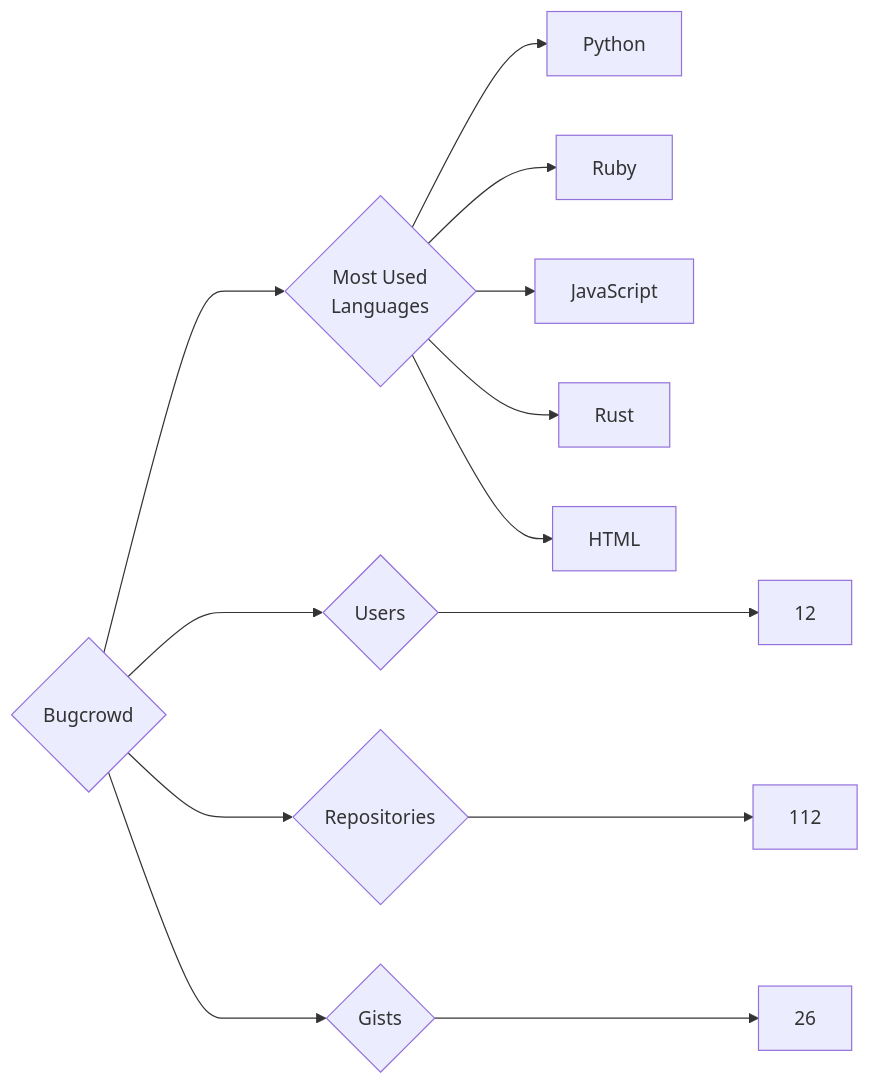
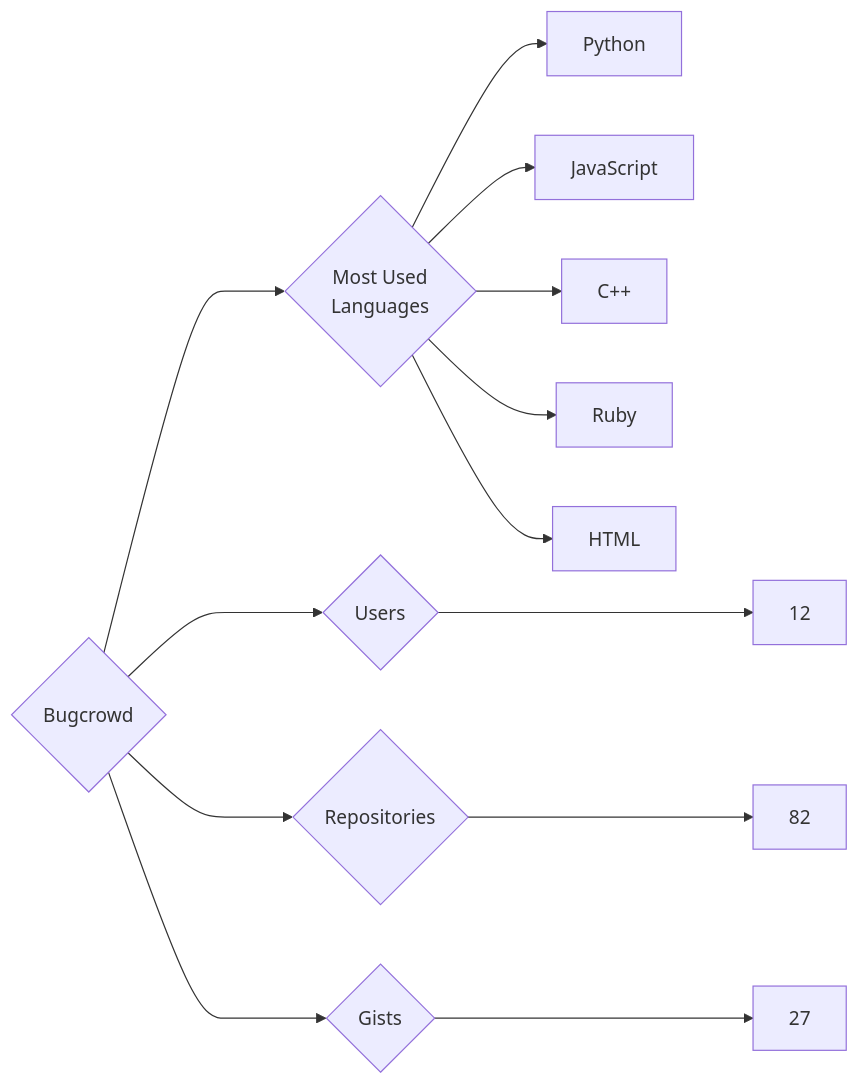
One commit to trickest/insiders changed the diagram in targets/Bugcrowd/README.md. Above: the diagram before and after it, drawn with Mermaid. The commit also changed 1030 other files, not shown here.

````diff
--- a/targets/Bugcrowd/README.md
+++ b/targets/Bugcrowd/README.md
@@ -3,13 +3,13 @@
 ```mermaid
 graph LR
 COMPANY_NAME{Bugcrowd}
 COMPANY_NAME ---> U{Users} ---> UN[12]
-COMPANY_NAME ---> R{Repositories} ---> RN[112]
-COMPANY_NAME ---> G{Gists} ---> GN[26]
+COMPANY_NAME ---> R{Repositories} ---> RN[82]
+COMPANY_NAME ---> G{Gists} ---> GN[27]
 COMPANY_NAME ---> ML{Most Used<br>Languages}
 ML --> Python[Python]
+ML --> JavaScript[JavaScript]
+ML --> C++[C++]
 ML --> Ruby[Ruby]
-ML --> JavaScript[JavaScript]
-ML --> Rust[Rust]
 ML --> HTML[HTML]
 ```
````
